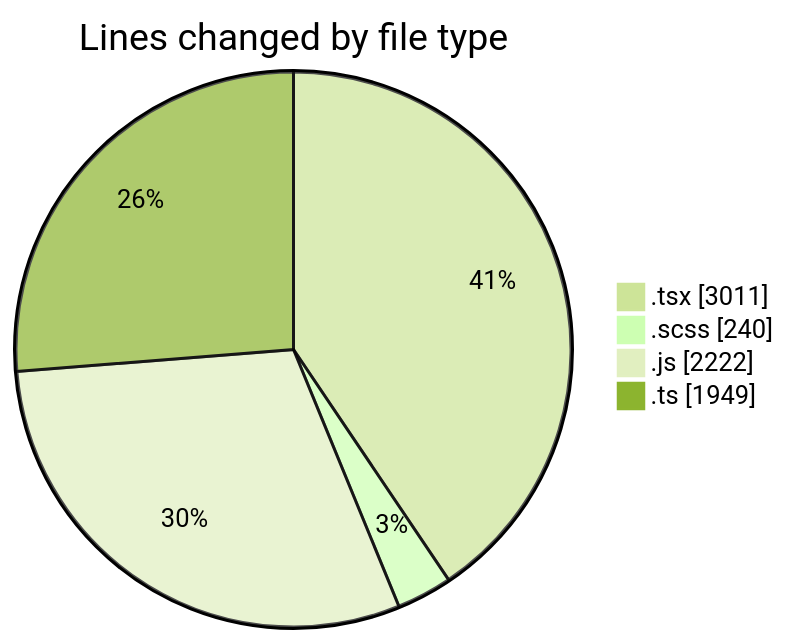
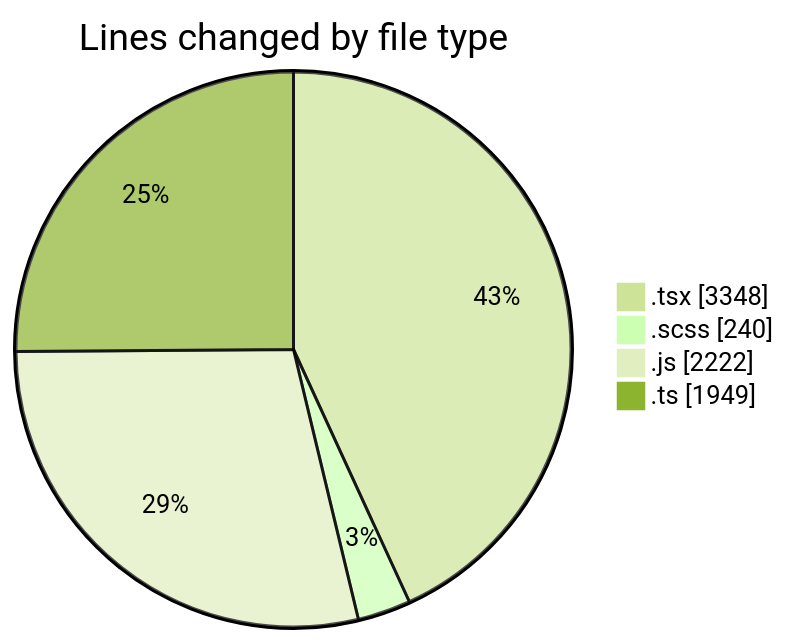
The first of 2 diagrams in 2026-06-17/cda/README.md (momahboobian/code-tracking), drawn with Mermaid (forest theme) before and after one commit. The commit also changed other lines of this file and 1 other file, not shown here.

````diff
--- a/2026-06-17/cda/README.md
+++ b/2026-06-17/cda/README.md
@@ -50,8 +50,8 @@
 ```mermaid
 pie showData
 title Lines changed by file type
-".tsx" : 3011
+".tsx" : 3348
 ".scss" : 240
 ".js" : 2222
 ".ts" : 1949
 ```
````
